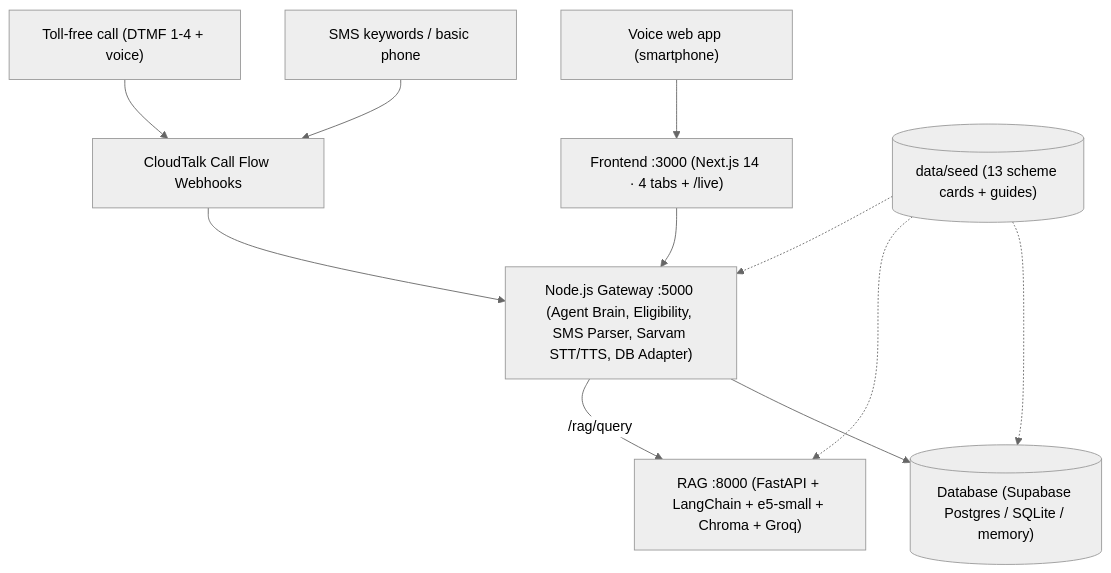
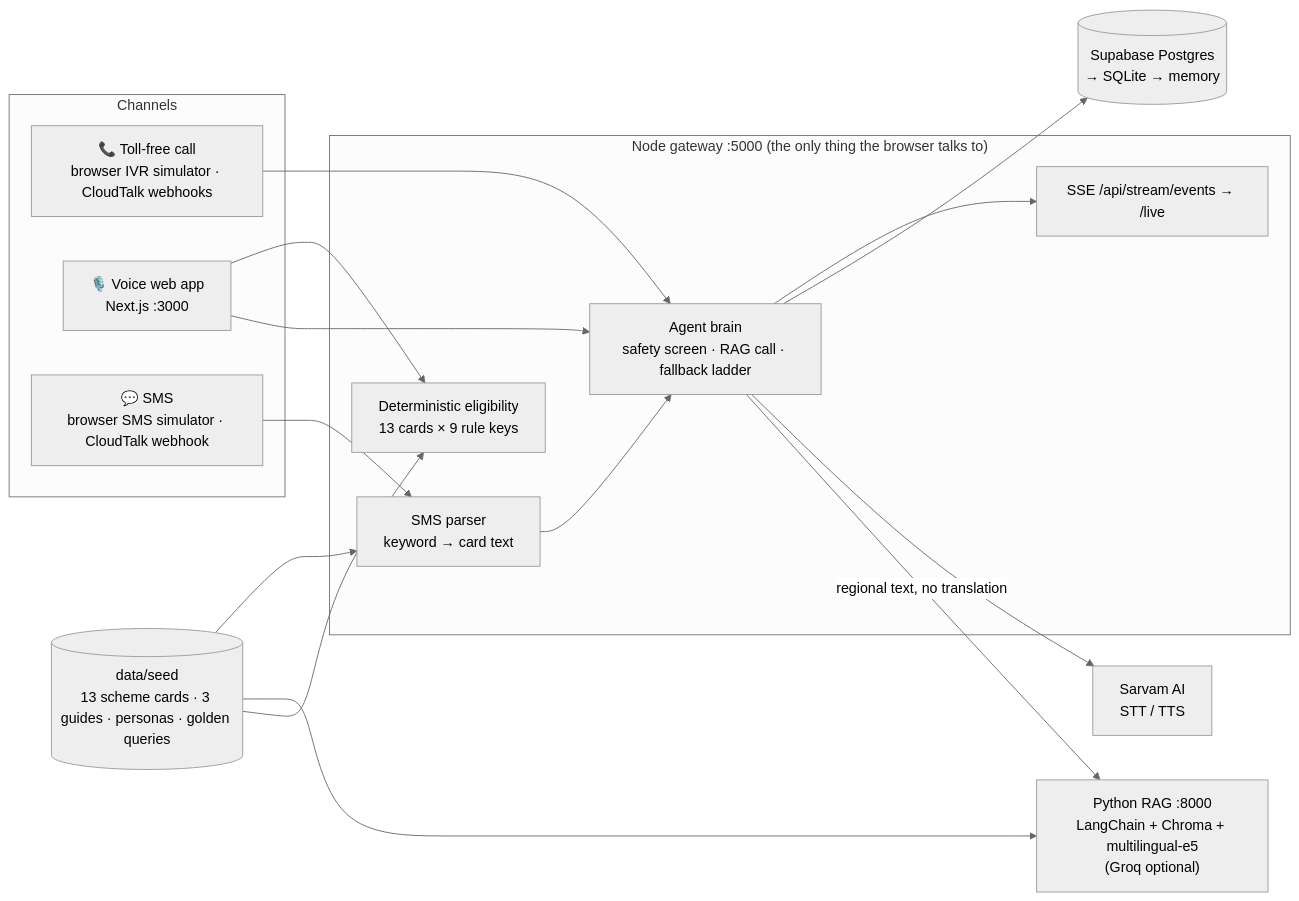
One commit to samashech/GramSahayak changed the diagram in README.md. Above: the diagram before and after it, drawn with Mermaid (neutral theme). The commit also changed other lines of this file and 2 other files, not shown here.

````diff
--- a/README.md
+++ b/README.md
@@ -12,13 +25,29 @@
 ```mermaid
-flowchart TD
-    IVR["Toll-free call (DTMF 1-4 + voice)"] --> CT["CloudTalk Call Flow Webhooks"]
-    SMS["SMS keywords / basic phone"] --> CT
-    WEB["Voice web app (smartphone)"] --> FE["Frontend :3000 (Next.js 14 · 4 tabs + /live)"]
-    CT --> BE["Node.js Gateway :5000 (Agent Brain, Eligibility, SMS Parser, Sarvam STT/TTS, DB Adapter)"]
-    FE --> BE
-    SEED[("data/seed (13 scheme cards + guides)")] -.-> BE
-    SEED -.-> RAG["RAG :8000 (FastAPI + LangChain + e5-small + Chroma + Groq)"]
-    SEED -.-> DB[("Database (Supabase Postgres / SQLite / memory)")]
-    BE -->|"/rag/query"| RAG
-    BE --> DB
+flowchart LR
+  subgraph Channels
+    IVR["📞 Toll-free call<br/>browser IVR simulator · CloudTalk webhooks"]
+    WEB["🎙️ Voice web app<br/>Next.js :3000"]
+    SMS["💬 SMS<br/>browser SMS simulator · CloudTalk webhook"]
+  end
+  subgraph Gateway["Node gateway :5000 (the only thing the browser talks to)"]
+    BRAIN["Agent brain<br/>safety screen · RAG call · fallback ladder"]
+    ELIG["Deterministic eligibility<br/>13 cards × 9 rule keys"]
+    SMSP["SMS parser<br/>keyword → card text"]
+    SSE["SSE /api/stream/events → /live"]
+  end
+  RAG["Python RAG :8000<br/>LangChain + Chroma + multilingual-e5<br/>(Groq optional)"]
+  DB[("Supabase Postgres<br/>→ SQLite → memory")]
+  SARVAM["Sarvam AI<br/>STT / TTS"]
+  SEED[("data/seed<br/>13 scheme cards · 3 guides · personas · golden queries")]
+  IVR --> BRAIN
+  WEB --> BRAIN
+  SMS --> SMSP --> BRAIN
+  WEB --> ELIG
+  BRAIN -- "regional text, no translation" --> RAG
+  BRAIN --> SARVAM
+  BRAIN --> DB
+  BRAIN --> SSE
+  SEED --> ELIG
+  SEED --> RAG
+  SEED --> SMSP
 ```
````
